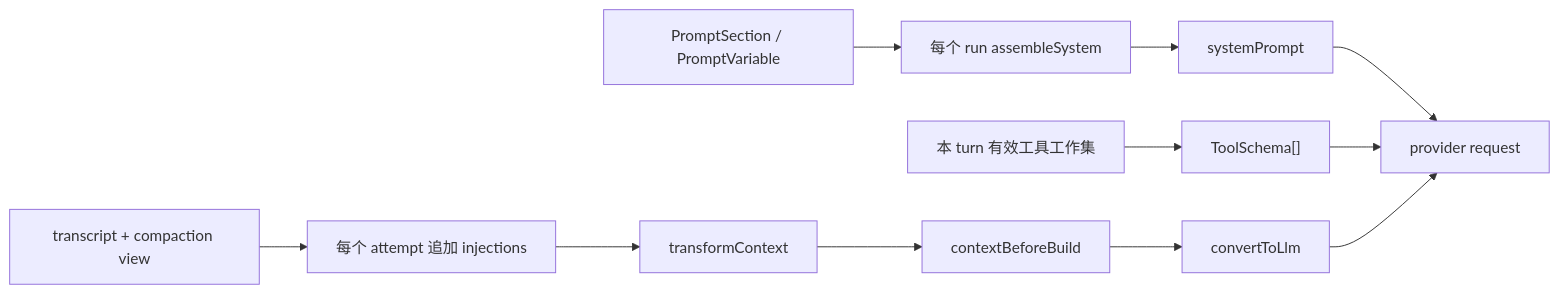
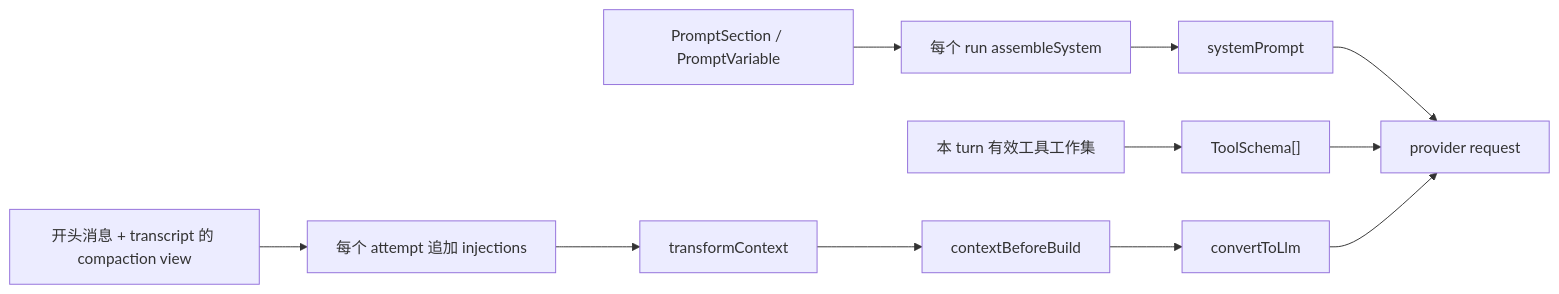
One commit to echo-yiyi/echo-agent changed the diagram in docs/design/prompt.md. Above: the diagram before and after it, drawn with Mermaid. The commit also changed other lines of this file and 36 other files, not shown here.

````diff
--- a/docs/design/prompt.md
+++ b/docs/design/prompt.md
@@ -27,13 +29,13 @@
 ```mermaid
 flowchart LR
     S["PromptSection / PromptVariable"] --> A["每个 run assembleSystem"]
     A --> SYS["systemPrompt"]
     T["本 turn 有效工具工作集"] --> SCH["ToolSchema[]"]
-    L["transcript + compaction view"] --> INJ["每个 attempt 追加 injections"]
+    L["开头消息 + transcript 的 compaction view"] --> INJ["每个 attempt 追加 injections"]
     INJ --> X["transformContext"]
     X --> H["contextBeforeBuild"]
     H --> P["convertToLlm"]
     SYS --> R["provider request"]
     SCH --> R
     P --> R
 ```
````
